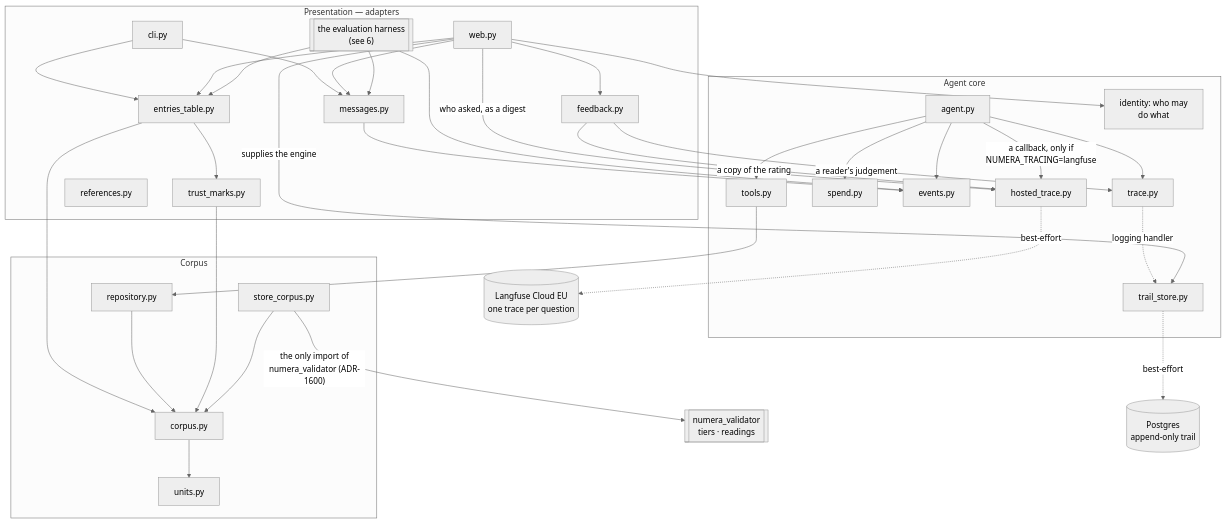
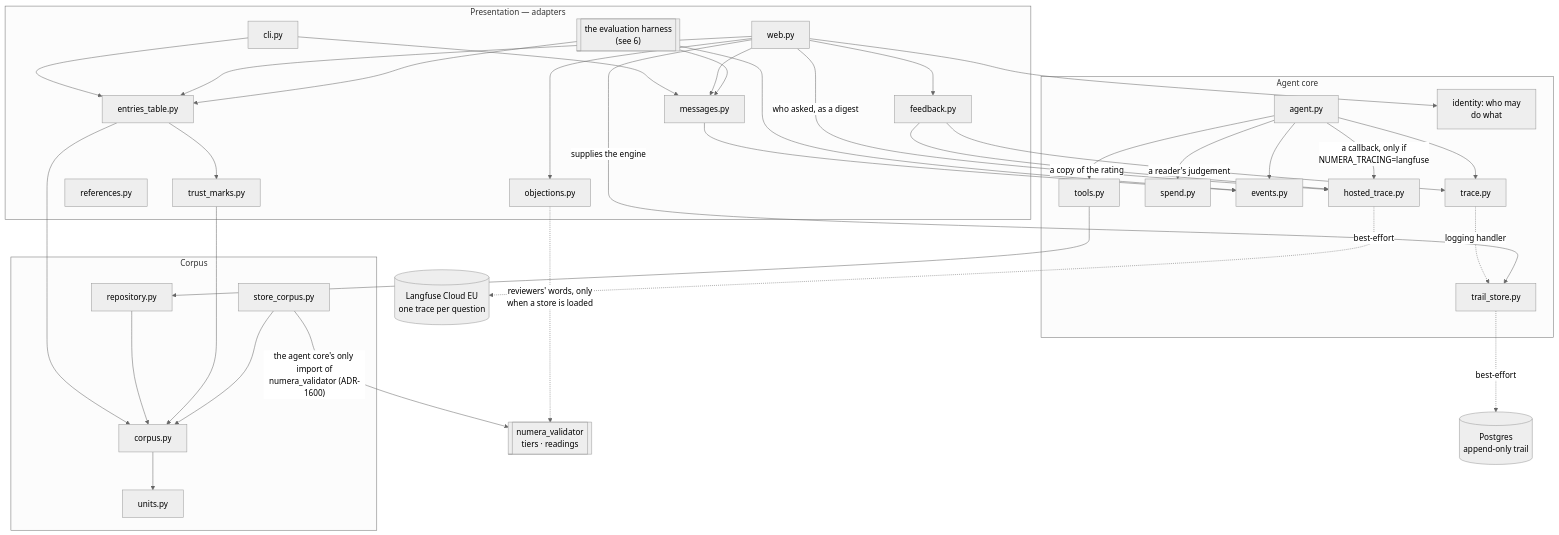
One commit to DukeOfErl/Numera changed the third of 14 diagrams in docs/diagrams/architecture.md. Above: the diagram before and after it, drawn with Mermaid (neutral theme). The commit also changed other lines of this file, not shown here.

First line of the commit message:
Bring the architecture diagrams up to date

````diff
--- a/docs/diagrams/architecture.md
+++ b/docs/diagrams/architecture.md
@@ -88,63 +89,66 @@
 ```mermaid
 flowchart TB
     subgraph presentation["Presentation — adapters"]
         cli[cli.py]
         web[web.py]
         harness[["the evaluation harness<br/>(see 6)"]]
         messages[messages.py]
         table[entries_table.py]
         fb[feedback.py]
         tm[trust_marks.py]
         refs[references.py]
+        obj[objections.py]
     end
     subgraph core["Agent core"]
         agent[agent.py]
         tools[tools.py]
         spend[spend.py]
         events[events.py]
         trace[trace.py]
         store[trail_store.py]
         ht[hosted_trace.py]
         identity[identity: who may<br/>do what]
     end
     subgraph data["Corpus"]
         corpus[corpus.py]
         repo[repository.py]
         units[units.py]
         sc[store_corpus.py]
     end
     bn[["numera_validator<br/>tiers · readings"]]
     pg[("Postgres<br/>append-only trail")]
     lf[("Langfuse Cloud EU<br/>one trace per question")]
 
     cli --> messages
     web --> messages
     harness --> messages
     messages --> events
     cli --> table
     web --> table
     harness --> table
     table --> corpus
     harness --> events
     agent --> tools
     agent --> spend
     agent --> events
     agent --> trace
     tools --> repo
     repo --> corpus
     corpus --> units
     table --> tm
     tm --> corpus
     sc --> corpus
-    sc -- "the only import of<br/>numera_validator (ADR-1600)" --> bn
+    sc -- "the agent core's only import of<br/>numera_validator (ADR-1600)" --> bn
+    web --> obj
+    obj -. "reviewers' words, only<br/>when a store is loaded" .-> bn
     trace -. "logging handler" .-> store
     store -. "best-effort" .-> pg
     web -- "supplies the engine" --> store
     web --> fb
     fb -- "a reader's judgement" --> trace
     web --> identity
     agent -- "a callback, only if<br/>NUMERA_TRACING=langfuse" --> ht
     web -- "who asked, as a digest" --> ht
     fb -- "a copy of the rating" --> ht
     ht -. "best-effort" .-> lf
 ```
````
